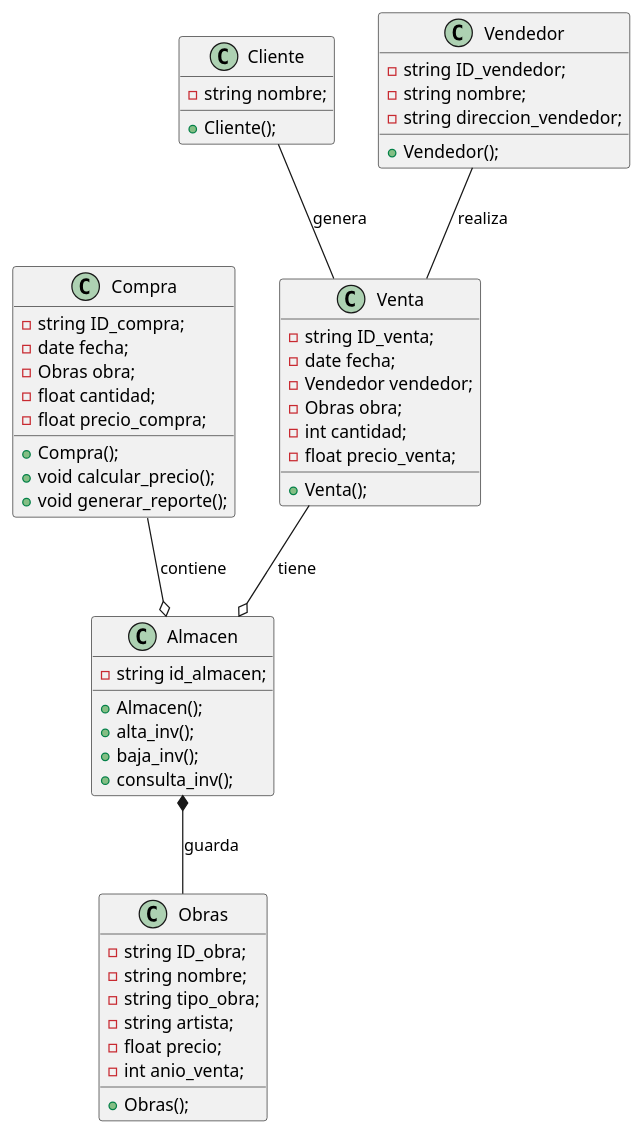
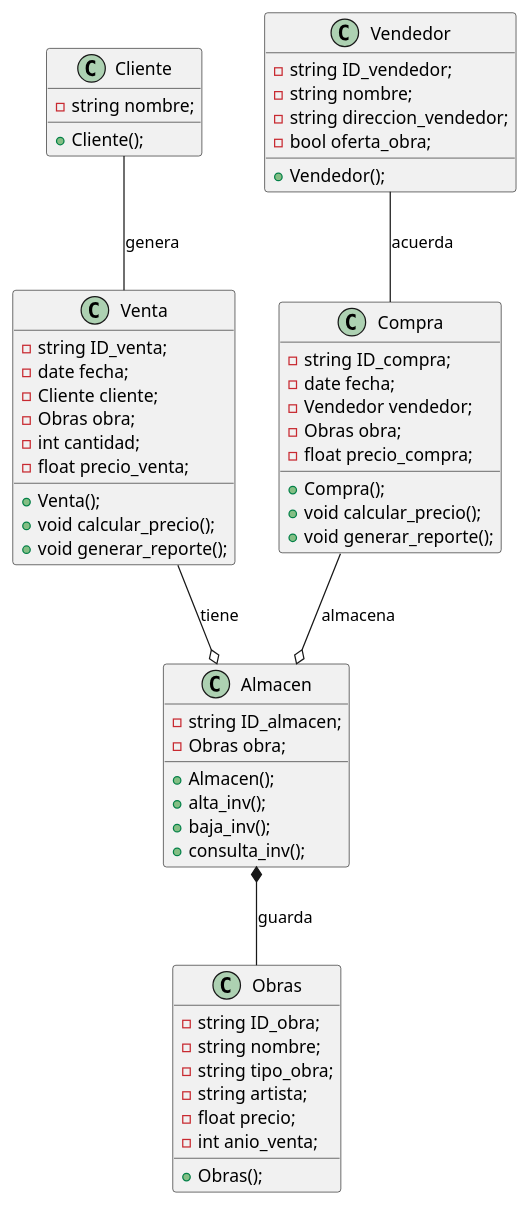
The diagram in Actividades/Osbert/A01023226_act_diag_clases.puml (danflovier/am.software), drawn with PlantUML before and after one commit.

```diff
--- a/Actividades/Osbert/A01023226_act_diag_clases.puml
+++ b/Actividades/Osbert/A01023226_act_diag_clases.puml
@@ -5,64 +5,66 @@
 @startuml
   Class Compra{
     -string ID_compra;
     -date fecha;
+    -Vendedor vendedor;
     -Obras obra;
-    -float cantidad;
     -float precio_compra;
 
     +Compra();
     +void calcular_precio();
     +void generar_reporte();
   }
 
-  Class Cliente{
-    -string nombre;
-
-    +Cliente();
-  }
-
   Class Venta{
     -string ID_venta;
     -date fecha;
-    -Vendedor vendedor;
+    -Cliente cliente;
     -Obras obra;
     -int cantidad;
     -float precio_venta;
 
     +Venta();
+    +void calcular_precio();
+    +void generar_reporte();
+  }
+
+  Class Cliente{
+    -string nombre;
+    +Cliente();
   }
 
   Class Vendedor{
     -string ID_vendedor;
     -string nombre;
     -string direccion_vendedor;
-
+    -bool oferta_obra;
     +Vendedor();
   }
 
   Class Obras{
     -string ID_obra;
     -string nombre;
     -string tipo_obra;
     -string artista;
     -float precio;
     -int anio_venta;
 
     +Obras();
   }
 
   Class Almacen{
-    -string id_almacen;
+    -string ID_almacen;
+    -Obras obra;
 
     +Almacen();
     +alta_inv();
     +baja_inv();
     +consulta_inv();
   }
 
   Almacen *-- Obras : guarda
-  Compra --o Almacen : contiene
+  Compra --o Almacen : almacena
   Venta --o Almacen : tiene
-  Vendedor -- Venta : realiza
+  Vendedor -- Compra : acuerda
   Cliente -- Venta : genera
 @enduml
```
